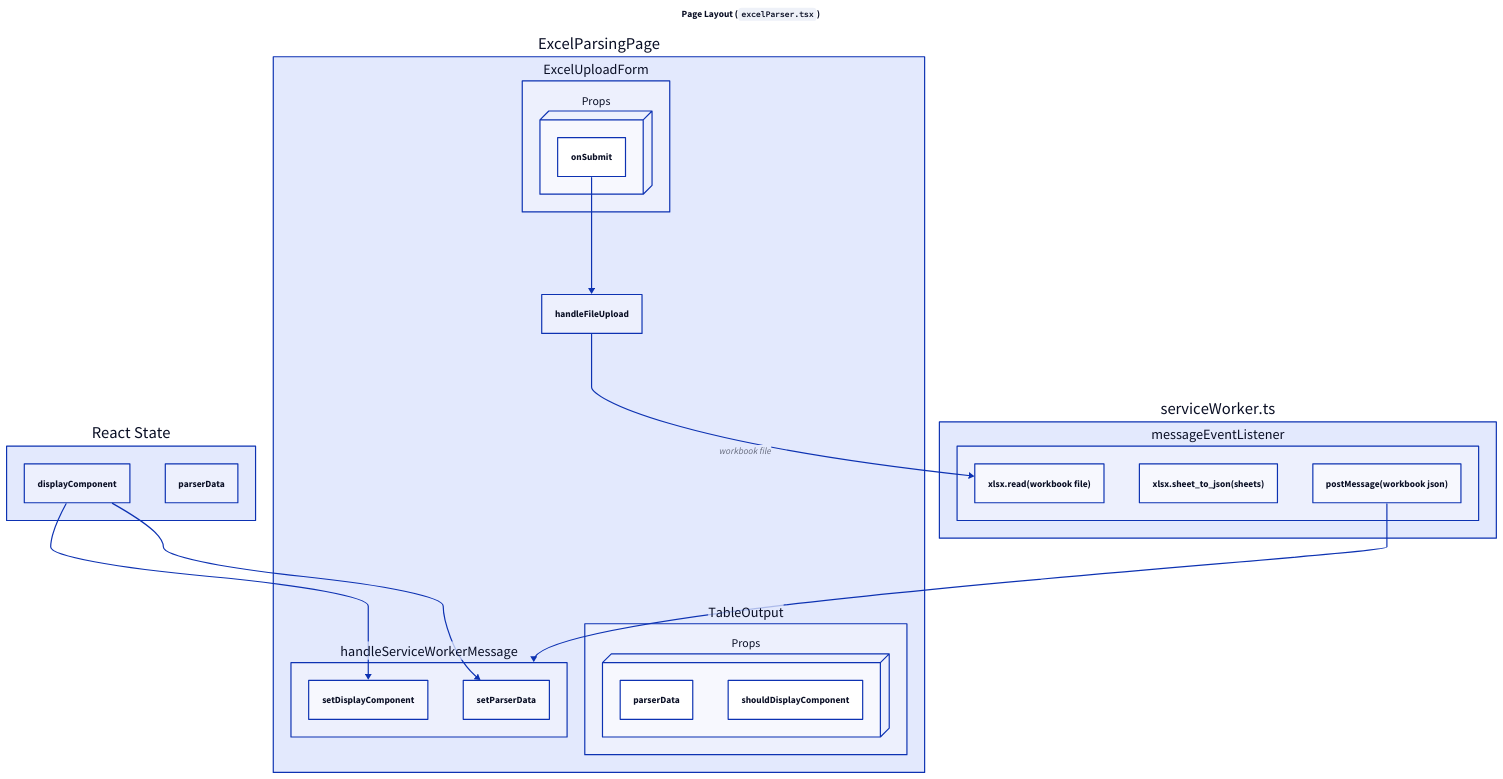
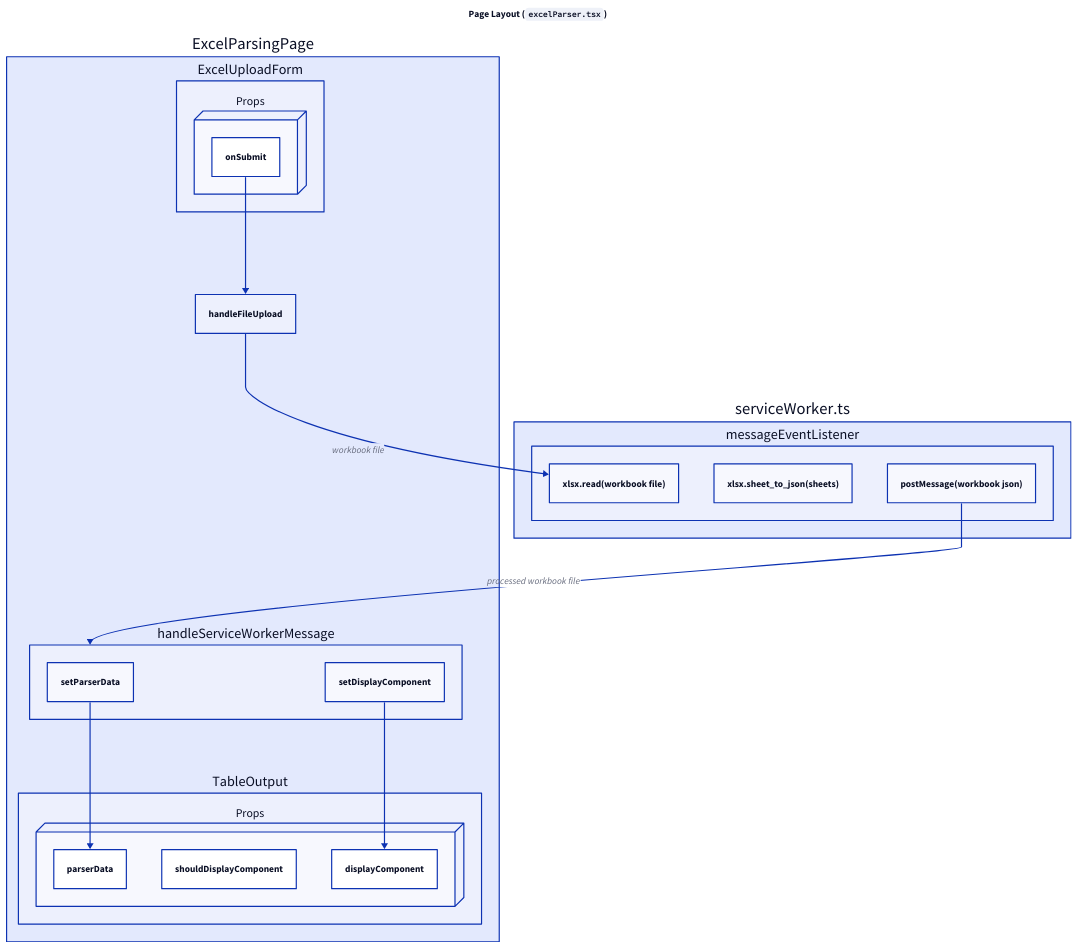
The diagram in rspack-ui/docs/excel-parser-layout.d2 (HC-IPPM/safe-inputs), drawn with D2 before and after one commit. The commit also changed 2 other files, not shown here.

Commit message:
docs(architecture.md): - add documentation for excel parsing page - docs for how service worker registration works with rspack - docs for how build /bundle process works.

```diff
--- a/rspack-ui/docs/excel-parser-layout.d2
+++ b/rspack-ui/docs/excel-parser-layout.d2
@@ -1,47 +1,43 @@
 title: |md
 
    **Page Layout (`excelParser.tsx`)**
 
 | { near: top-center }
 
 
 ExcelParsingPage: {
     handleFileUpload
     handleServiceWorkerMessage: {
         setDisplayComponent
+        setParserData
     }
     ExcelUploadForm: {
         Props: {
             onSubmit
         }
         Props.style.3d: true
     }
     TableOutput: {
         Props: {
             parserData
             shouldDisplayComponent
         }
         Props.style.3d: true
     }
 }
 
 ExcelParsingPage.handleFileUpload <- ExcelParsingPage.ExcelUploadForm.Props.onSubmit
 
 serviceWorker\.ts: {
   messageEventListener: {
     xlsx\.read(workbook file)
     xlsx\.sheet_to_json(sheets)
     postMessage(workbook json)
   }
 }
 
 ExcelParsingPage.handleFileUpload -> serviceWorker\.ts.messageEventListener.xlsx\.read(workbook file): workbook file
-serviceWorker\.ts.messageEventListener.postMessage(workbook json) -> ExcelParsingPage.handleServiceWorkerMessage
+serviceWorker\.ts.messageEventListener.postMessage(workbook json) -> ExcelParsingPage.handleServiceWorkerMessage: processed workbook file
 
-React State: {
-    displayComponent
-    parserData
-}
-
-React State.displayComponent -> ExcelParsingPage.handleServiceWorkerMessage.setDisplayComponent
-React State.displayComponent -> ExcelParsingPage.handleServiceWorkerMessage.setParserData
+ExcelParsingPage.handleServiceWorkerMessage.setDisplayComponent -> ExcelParsingPage.TableOutput.Props.displayComponent
+ExcelParsingPage.handleServiceWorkerMessage.setParserData -> ExcelParsingPage.TableOutput.Props.parserData
```
